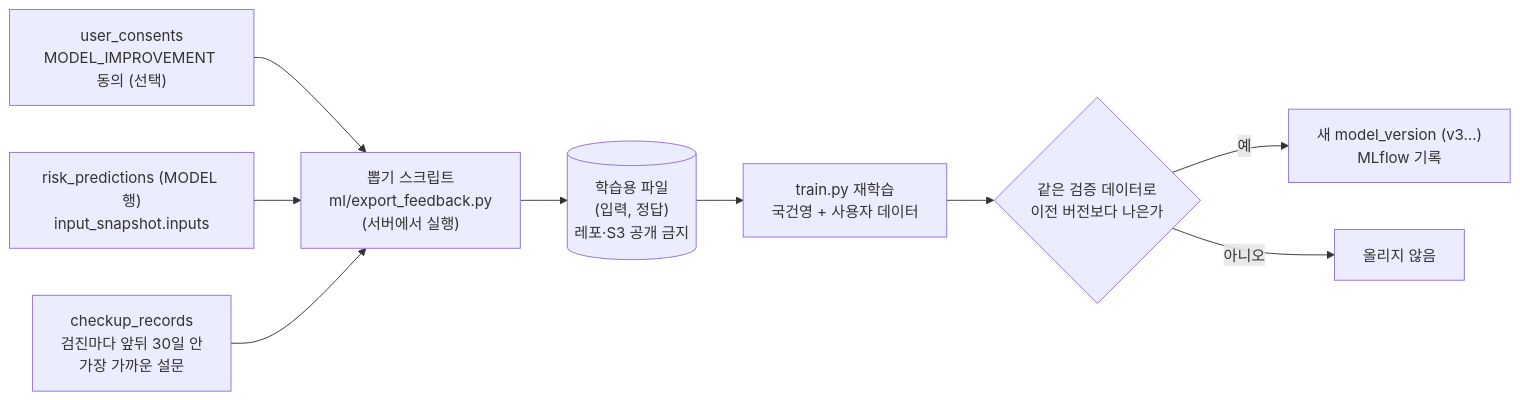
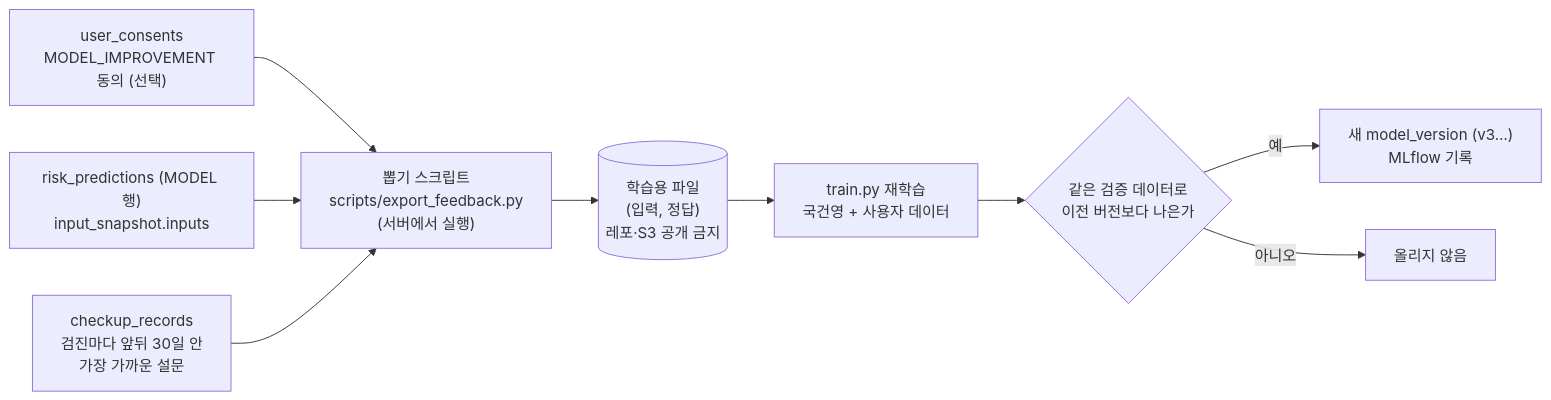
The diagram in docs/feedback-loop.md (AI-HealthCare-07/pair2care), drawn with Mermaid before and after one commit. The commit also changed other lines of this file and 2 other files, not shown here.

Commit message:
feat: 재학습용 (입력, 정답) 쌍 뽑기 스크립트 (REQ-NFR-018, #148 규칙)
Claude-Session: https://claude.ai/code/session_01L11z3PpWNHgTPcR2YJ8t35

````diff
--- a/docs/feedback-loop.md
+++ b/docs/feedback-loop.md
@@ -11,11 +11,11 @@
 ```mermaid
 flowchart LR
     C["user_consents<br/>MODEL_IMPROVEMENT 동의 (선택)"] --> E
     P["risk_predictions (MODEL 행)<br/>input_snapshot.inputs"] --> E
     K["checkup_records<br/>검진마다 앞뒤 30일 안<br/>가장 가까운 설문"] --> E
-    E["뽑기 스크립트<br/>ml/export_feedback.py<br/>(서버에서 실행)"] --> D[("학습용 파일<br/>(입력, 정답)<br/>레포·S3 공개 금지")]
+    E["뽑기 스크립트<br/>scripts/export_feedback.py<br/>(서버에서 실행)"] --> D[("학습용 파일<br/>(입력, 정답)<br/>레포·S3 공개 금지")]
     D --> T["train.py 재학습<br/>국건영 + 사용자 데이터"]
     T --> V{"같은 검증 데이터로<br/>이전 버전보다 나은가"}
     V -- 예 --> N["새 model_version (v3…)<br/>MLflow 기록"]
     V -- 아니오 --> X["올리지 않음"]
 ```
````
